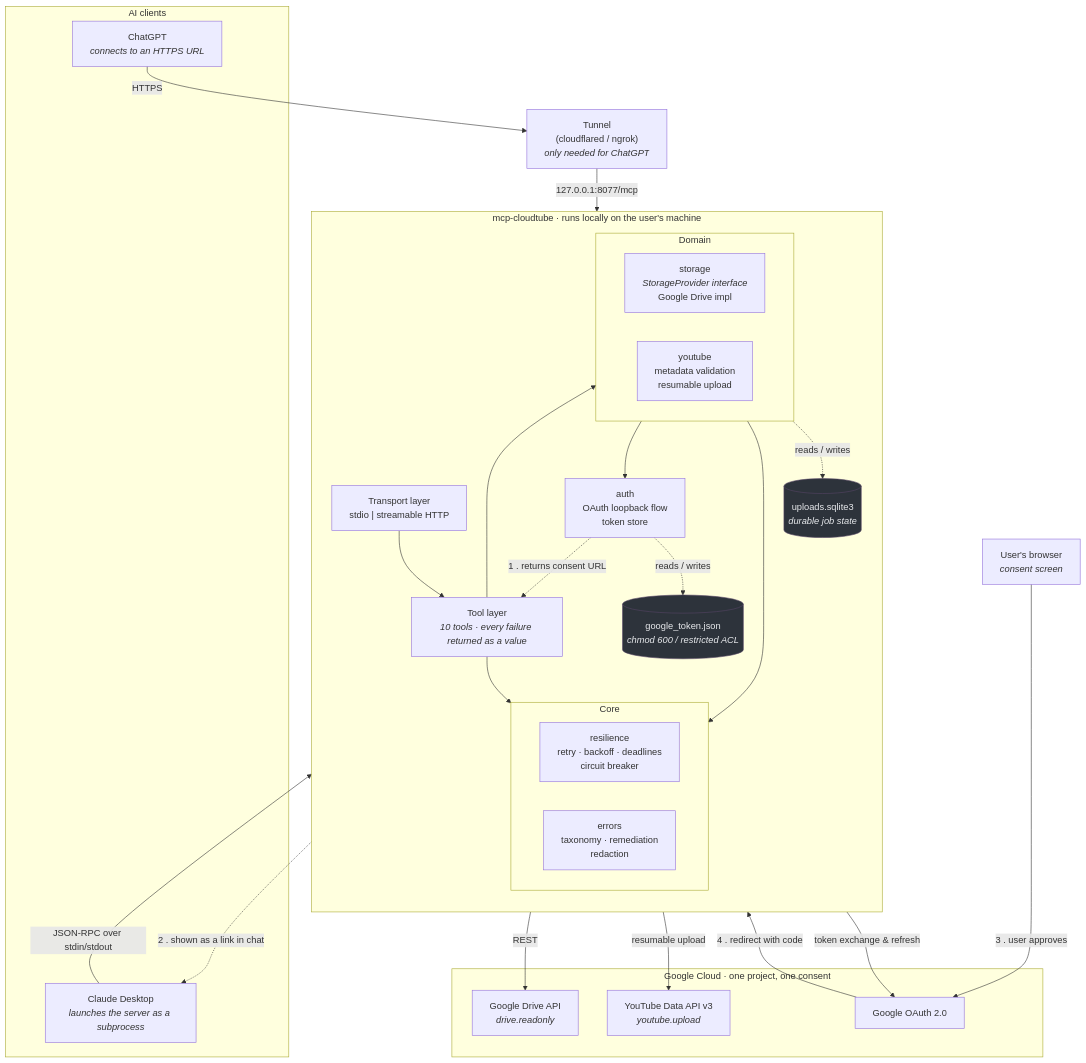
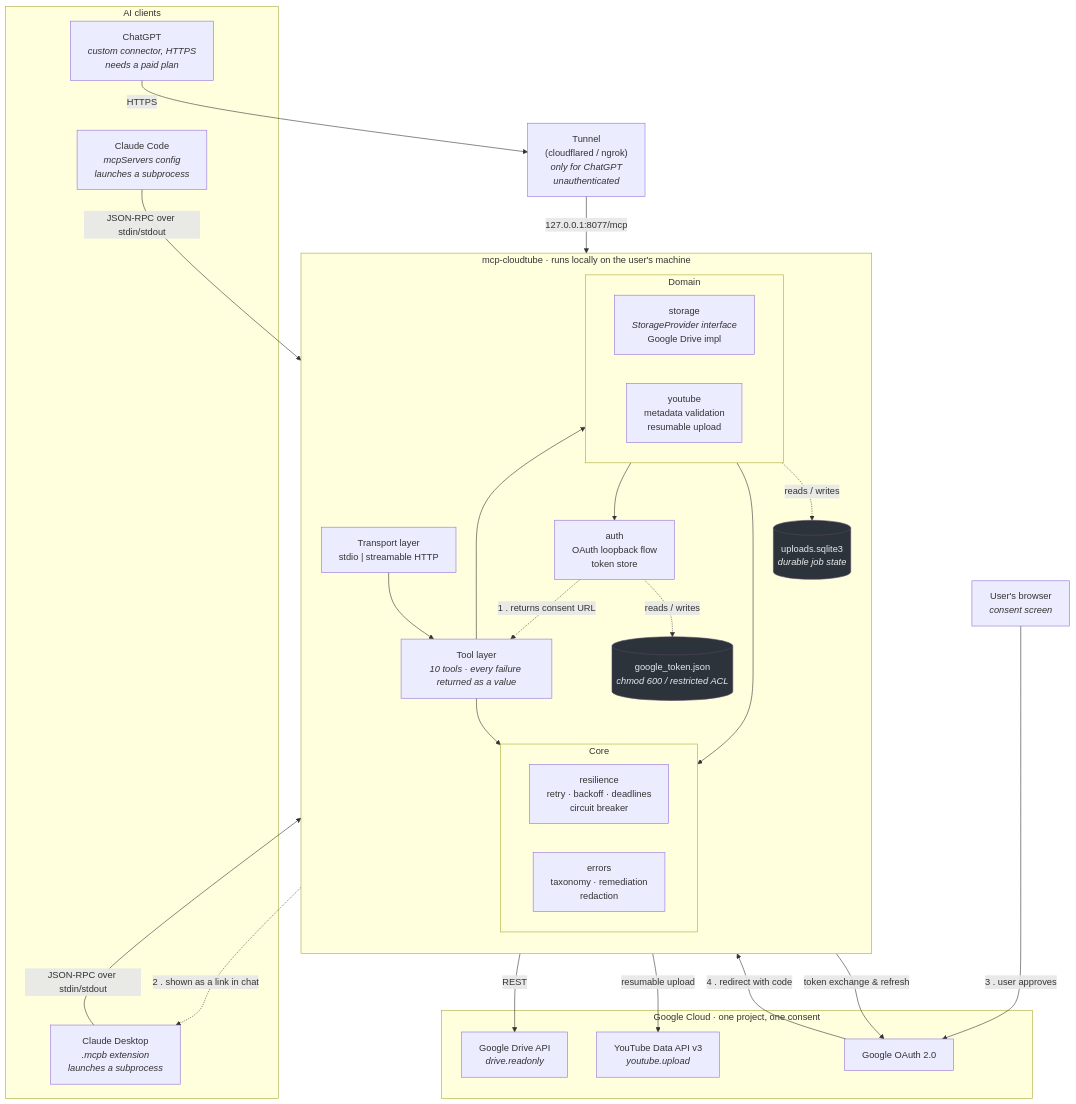
The first of 3 diagrams in docs/ARCHITECTURE.md (User69-og/mcp-cloudtube), drawn with Mermaid before and after one commit.

Commit message:
Show all three client paths in the architecture diagram
The diagram predated the extension and showed Claude Desktop as a bare
subprocess launch. It now distinguishes the three real routes: the .mcpb
extension, Claude Code's mcpServers config, and ChatGPT's connector --
the last labelled with both of its constraints, that it needs a paid
plan and that the tunnel in front of it is unauthenticated.

````diff
--- a/docs/ARCHITECTURE.md
+++ b/docs/ARCHITECTURE.md
@@ -5,62 +5,64 @@
 ```mermaid
 flowchart TB
     subgraph clients["AI clients"]
-        claude["Claude Desktop<br/><i>launches the server as a subprocess</i>"]
-        chatgpt["ChatGPT<br/><i>connects to an HTTPS URL</i>"]
+        claude["Claude Desktop<br/><i>.mcpb extension</i><br/><i>launches a subprocess</i>"]
+        code["Claude Code<br/><i>mcpServers config</i><br/><i>launches a subprocess</i>"]
+        chatgpt["ChatGPT<br/><i>custom connector, HTTPS</i><br/><i>needs a paid plan</i>"]
     end
 
-    tunnel["Tunnel<br/>(cloudflared / ngrok)<br/><i>only needed for ChatGPT</i>"]
+    tunnel["Tunnel<br/>(cloudflared / ngrok)<br/><i>only for ChatGPT</i><br/><i>unauthenticated</i>"]
 
     subgraph server["mcp-cloudtube  ·  runs locally on the user's machine"]
         direction TB
         transport["Transport layer<br/>stdio  |  streamable HTTP"]
         tools["Tool layer<br/><i>10 tools · every failure returned as a value</i>"]
 
         subgraph core["Core"]
             direction LR
             resil["resilience<br/>retry · backoff · deadlines<br/>circuit breaker"]
             errs["errors<br/>taxonomy · remediation<br/>redaction"]
         end
 
         subgraph domain["Domain"]
             direction LR
             storage["storage<br/><i>StorageProvider interface</i><br/>Google Drive impl"]
             yt["youtube<br/>metadata validation<br/>resumable upload"]
         end
 
         auth["auth<br/>OAuth loopback flow<br/>token store"]
         jobs[("uploads.sqlite3<br/><i>durable job state</i>")]
         tokens[("google_token.json<br/><i>chmod 600 / restricted ACL</i>")]
     end
 
     subgraph google["Google Cloud  ·  one project, one consent"]
         drive["Google Drive API<br/><i>drive.readonly</i>"]
         ytapi["YouTube Data API v3<br/><i>youtube.upload</i>"]
         oauth["Google OAuth 2.0"]
     end
 
     browser["User's browser<br/><i>consent screen</i>"]
 
     claude -->|"JSON-RPC over stdin/stdout"| transport
+    code -->|"JSON-RPC over stdin/stdout"| transport
     chatgpt -->|HTTPS| tunnel -->|"127.0.0.1:8077/mcp"| transport
 
     transport --> tools
     tools --> core
     tools --> domain
     domain --> core
     domain --> auth
     auth -.->|reads / writes| tokens
     yt -.->|reads / writes| jobs
 
     storage -->|REST| drive
     yt -->|"resumable upload"| ytapi
     auth -->|"token exchange & refresh"| oauth
 
     auth -.->|"1 . returns consent URL"| tools
     tools -.->|"2 . shown as a link in chat"| claude
     browser -->|"3 . user approves"| oauth
     oauth -->|"4 . redirect with code"| auth
 
     classDef store fill:#2d333b,stroke:#546,color:#e8eaed
     class jobs,tokens store
 ```
````
